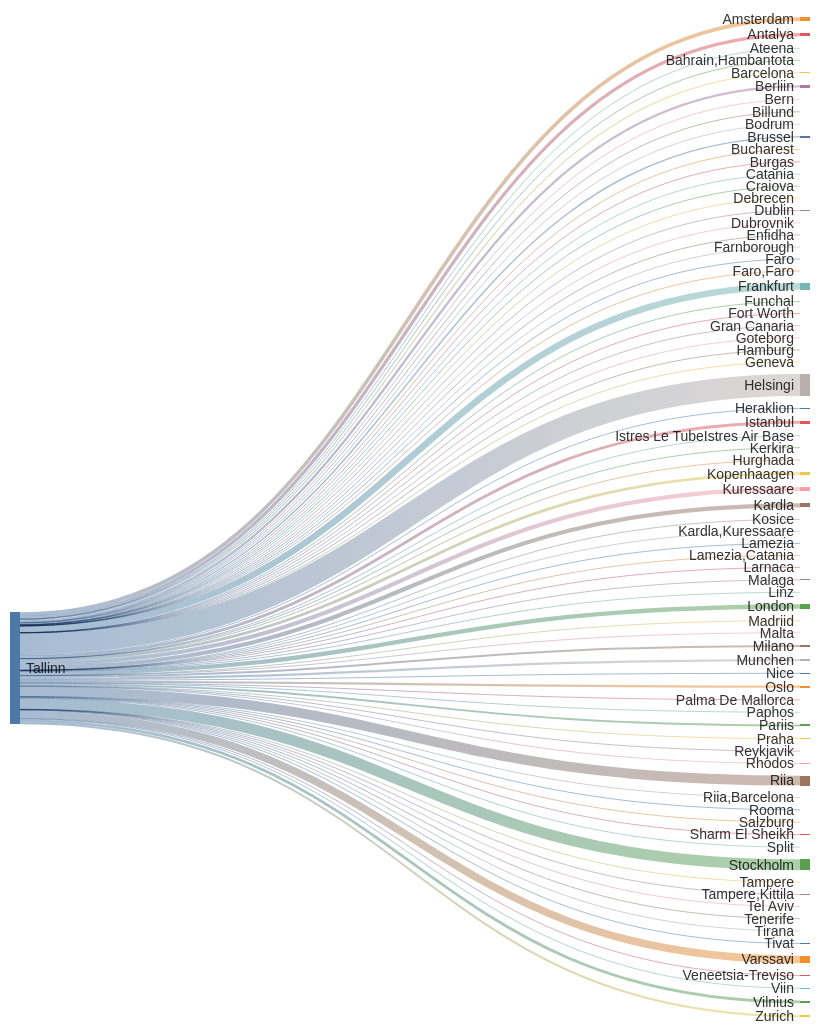
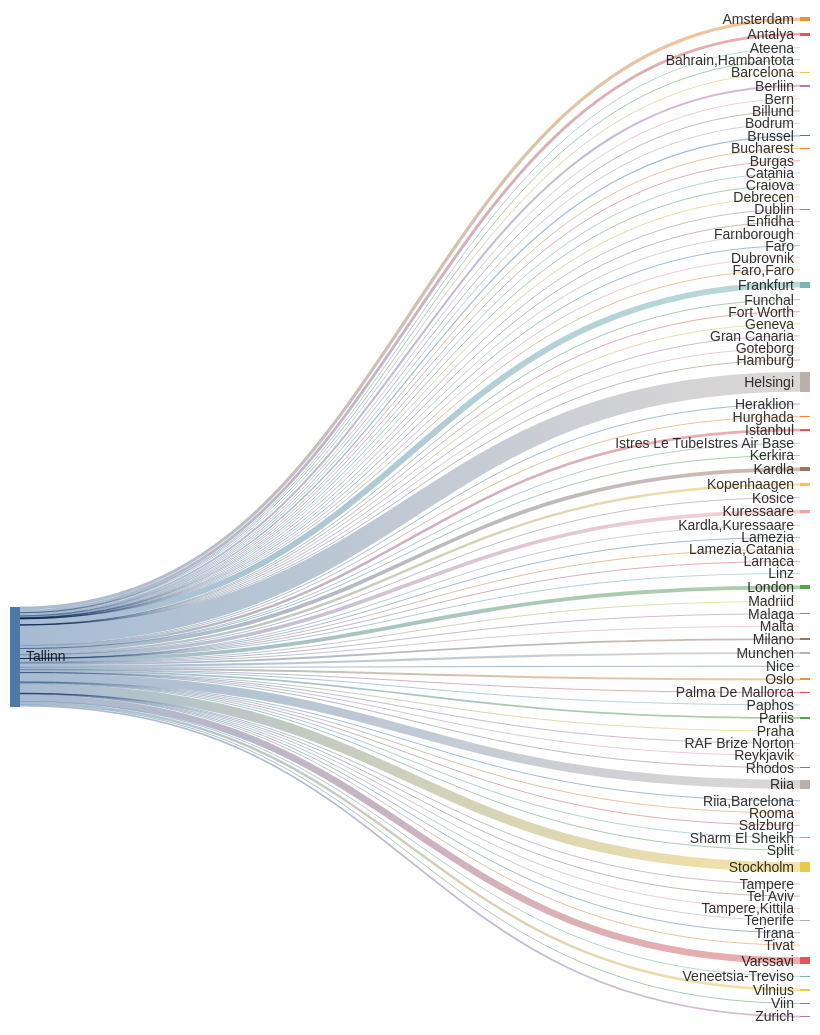
Before and after one commit to rainermesi/tll-airport-departures: the second of 2 diagrams in README.md, drawn with Mermaid. The commit also changed other lines of this file and 1 other file, not shown here.

````diff
--- a/README.md
+++ b/README.md
@@ -41,18 +41,18 @@
 ---
 sankey-beta
 %% source,target,value
-Tallinn,Amsterdam,493
-Tallinn,Antalya,442
+Tallinn,Amsterdam,495
+Tallinn,Antalya,445
 Tallinn,Ateena,16
 Tallinn,"Bahrain,Hambantota",1
-Tallinn,Barcelona,137
+Tallinn,Barcelona,139
 Tallinn,Berliin,312
 Tallinn,Bern,1
-Tallinn,Billund,78
+Tallinn,Billund,79
 Tallinn,Bodrum,11
-Tallinn,Brussel,190
+Tallinn,Brussel,191
 Tallinn,Bucharest,1
-Tallinn,Burgas,61
+Tallinn,Burgas,62
 Tallinn,Catania,2
 Tallinn,Craiova,1
 Tallinn,Debrecen,1
@@ -63,59 +63,60 @@
 Tallinn,Faro,4
 Tallinn,"Faro,Faro",1
 Tallinn,Fort Worth,1
-Tallinn,Frankfurt,894
+Tallinn,Frankfurt,897
 Tallinn,Funchal,5
 Tallinn,Geneva,13
 Tallinn,Gran Canaria,38
 Tallinn,Goteborg,2
 Tallinn,Hamburg,2
-Tallinn,Helsingi,3009
-Tallinn,Heraklion,102
+Tallinn,Helsingi,3019
+Tallinn,Heraklion,103
 Tallinn,Hurghada,75
-Tallinn,Istanbul,391
+Tallinn,Istanbul,392
 Tallinn,Istres Le TubeIstres Air Base,2
 Tallinn,Kerkira,4
-Tallinn,Kopenhaagen,379
+Tallinn,Kopenhaagen,381
 Tallinn,Kosice,1
-Tallinn,Kuressaare,570
-Tallinn,Kardla,572
+Tallinn,Kuressaare,571
+Tallinn,Kardla,573
 Tallinn,"Kardla,Kuressaare",1
 Tallinn,Lamezia,1
 Tallinn,"Lamezia,Catania",3
 Tallinn,Larnaca,4
 Tallinn,Linz,2
-Tallinn,London,586
+Tallinn,London,587
 Tallinn,Madriid,4
-Tallinn,Malaga,121
-Tallinn,Malta,29
+Tallinn,Malaga,122
+Tallinn,Malta,30
 Tallinn,Milano,273
 Tallinn,Munchen,308
 Tallinn,Nice,53
 Tallinn,Oslo,304
-Tallinn,Palma De Mallorca,33
+Tallinn,Palma De Mallorca,34
 Tallinn,Paphos,66
 Tallinn,Pariis,263
 Tallinn,Praha,88
+Tallinn,RAF Brize Norton,1
 Tallinn,Reykjavik,20
 Tallinn,Rhodos,61
-Tallinn,Riia,1352
+Tallinn,Riia,1356
 Tallinn,"Riia,Barcelona",1
 Tallinn,Rooma,80
 Tallinn,Salzburg,14
 Tallinn,Sharm El Sheikh,103
 Tallinn,Split,54
-Tallinn,Stockholm,1486
+Tallinn,Stockholm,1489
 Tallinn,Tampere,17
 Tallinn,"Tampere,Kittila",21
 Tallinn,Tel Aviv,2
 Tallinn,Tenerife,58
 Tallinn,Tirana,35
 Tallinn,Tivat,68
-Tallinn,Varssavi,1037
+Tallinn,Varssavi,1040
 Tallinn,Veneetsia-Treviso,67
 Tallinn,Viin,106
 Tallinn,Vilnius,376
-Tallinn,Zurich,268
+Tallinn,Zurich,269
 
 
 ```
````
